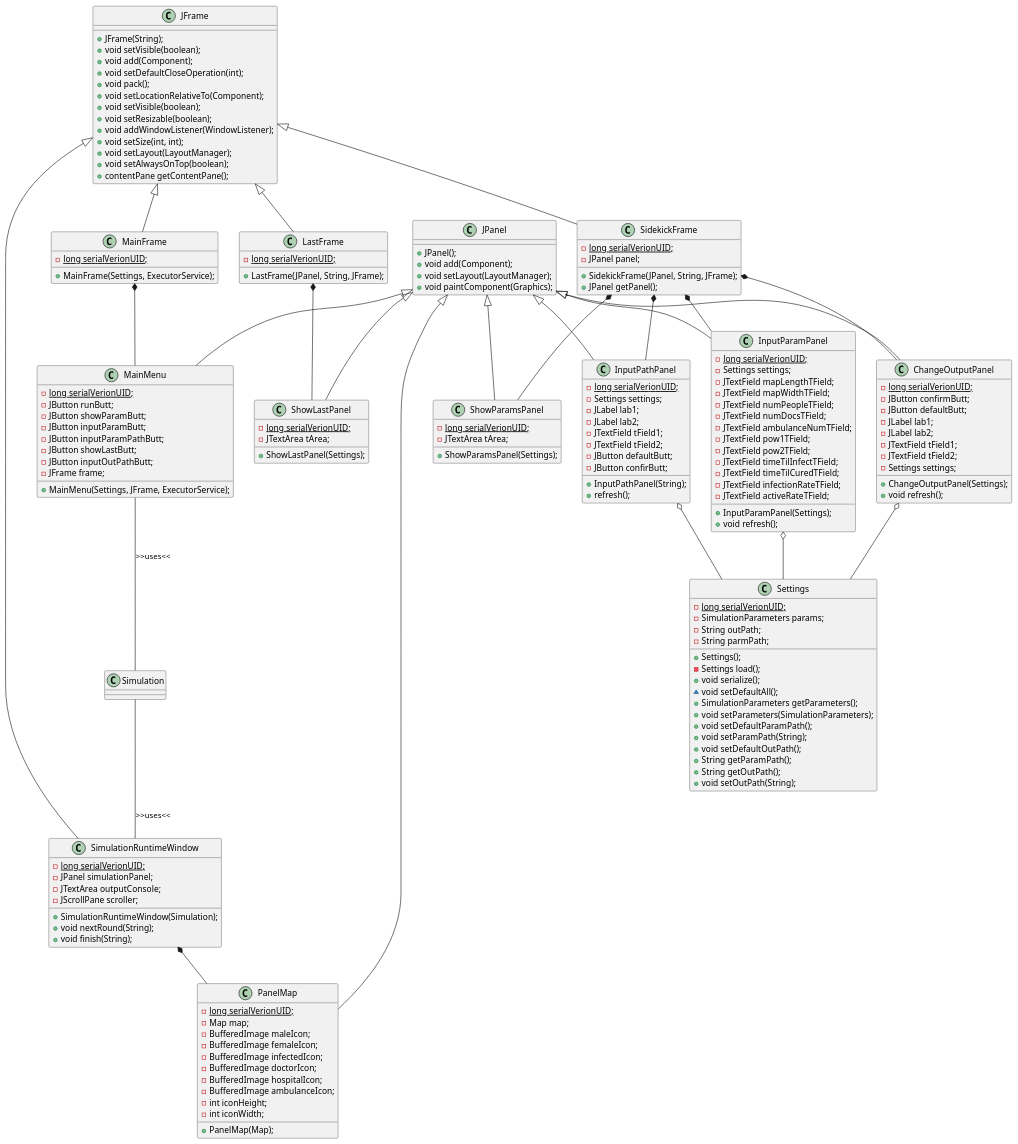
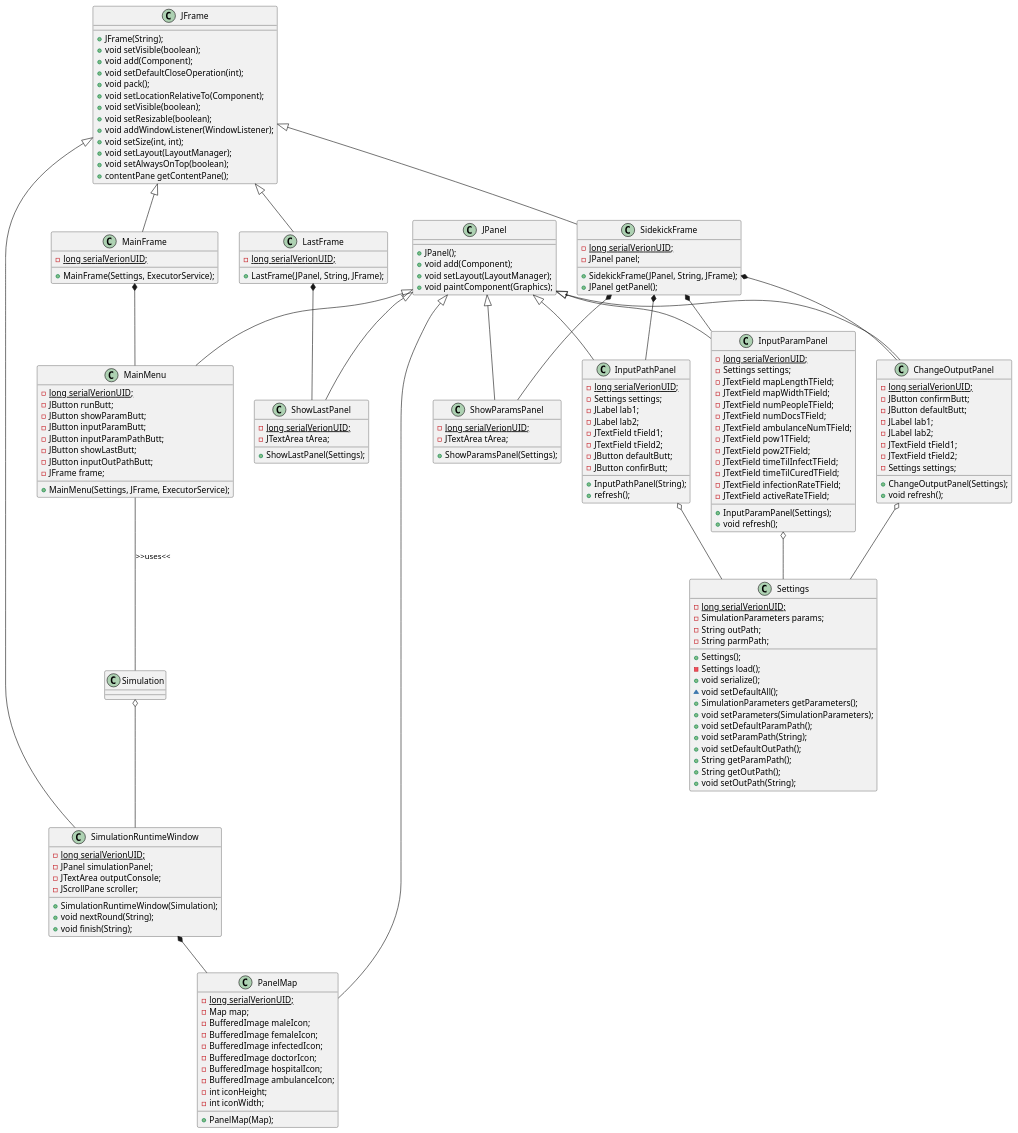
One commit to karolWazny/plague-repo changed the diagram in dokumentacja/class_diagram/class_diagram_gui/class_diagram_gui_08062020.plantuml. Above: the diagram before and after it, drawn with PlantUML. The commit also changed 5 other files, not shown here.

```diff
--- a/dokumentacja/class_diagram/class_diagram_gui/class_diagram_gui_08062020.plantuml
+++ b/dokumentacja/class_diagram/class_diagram_gui/class_diagram_gui_08062020.plantuml
@@ -1,180 +1,180 @@
 @startuml class_diagram_gui_08062020
 
 class JFrame {
     + JFrame(String);
     + void setVisible(boolean);
     + void add(Component);
     + void setDefaultCloseOperation(int);
     + void pack();
     + void setLocationRelativeTo(Component);
     + void setVisible(boolean);
     + void setResizable(boolean);
     + void addWindowListener(WindowListener);
     + void setSize(int, int);
     + void setLayout(LayoutManager);
     + void setAlwaysOnTop(boolean);
     + contentPane getContentPane(); 
 }
 
 class JPanel {
     + JPanel();
     + void add(Component);
     + void setLayout(LayoutManager);
     + void paintComponent(Graphics);
 
 }
 
 class LastFrame {
     - {static} long serialVerionUID;
     + LastFrame(JPanel, String, JFrame);
 }
 
 class MainFrame {
     - {static} long serialVerionUID;
     + MainFrame(Settings, ExecutorService);
 }
 
 class SidekickFrame {
     - {static} long serialVerionUID;
     - JPanel panel;
     + SidekickFrame(JPanel, String, JFrame);
     + JPanel getPanel();
 }
 
 class SimulationRuntimeWindow{
     - {static} long serialVerionUID;
     - JPanel simulationPanel;
     - JTextArea outputConsole;
     - JScrollPane scroller;
     + SimulationRuntimeWindow(Simulation);
     + void nextRound(String);
     + void finish(String);
 }
 
 class ChangeOutputPanel {
     - {static} long serialVerionUID;
     - JButton confirmButt;
     - JButton defaultButt;
     - JLabel lab1;
     - JLabel lab2;
     - JTextField tField1;
     - JTextField tField2;
     - Settings settings;
     + ChangeOutputPanel(Settings);
     + void refresh();
 }
 
 class InputParamPanel{
     - {static} long serialVerionUID;
     - Settings settings;
     - JTextField mapLengthTField;
     - JTextField mapWidthTField;
     - JTextField numPeopleTField;
     - JTextField numDocsTField;
     - JTextField ambulanceNumTField;
     - JTextField pow1TField;
     - JTextField pow2TField;
     - JTextField timeTilInfectTField;
     - JTextField timeTilCuredTField;
     - JTextField infectionRateTField;
     - JTextField activeRateTField;
     + InputParamPanel(Settings);
     + void refresh();
 }
 
 class InputPathPanel {
     - {static} long serialVerionUID;
     - Settings settings;
     - JLabel lab1;
     - JLabel lab2;
     - JTextField tField1;
     - JTextField tField2;
     - JButton defaultButt;
     - JButton confirButt;
     + InputPathPanel(String);
     + refresh();
 }
 
 class MainMenu {
     - {static} long serialVerionUID;
     - JButton runButt;
     - JButton showParamButt;
     - JButton inputParamButt;
     - JButton inputParamPathButt;
     - JButton showLastButt;
     - JButton inputOutPathButt;
     - JFrame frame;
     + MainMenu(Settings, JFrame, ExecutorService);
 }
 
 class PanelMap {
     - {static} long serialVerionUID;
     - Map map;
     - BufferedImage maleIcon;
     - BufferedImage femaleIcon;
     - BufferedImage infectedIcon;
     - BufferedImage doctorIcon;
     - BufferedImage hospitalIcon;
     - BufferedImage ambulanceIcon;
     - int iconHeight;
     - int iconWidth;
     + PanelMap(Map);
 }
 
 class ShowLastPanel {
     - {static} long serialVerionUID;
     - JTextArea tArea;
     + ShowLastPanel(Settings);
 }
 
 class ShowParamsPanel {
     - {static} long serialVerionUID;
     - JTextArea tArea;
     + ShowParamsPanel(Settings);
 }
 
 class Settings{
     - {static} long serialVerionUID;
     - SimulationParameters params;
     - String outPath;
     - String parmPath;
     + Settings();
     - Settings load();
     + void serialize();
     ~ void setDefaultAll();
     + SimulationParameters getParameters();
     + void setParameters(SimulationParameters);
     + void setDefaultParamPath();
     + void setParamPath(String);
     + void setDefaultOutPath();
     + String getParamPath();
     + String getOutPath();
     + void setOutPath(String);
 }
 
 JFrame<|--MainFrame
 JFrame<|--SidekickFrame
 JFrame<|--SimulationRuntimeWindow
 JFrame<|-- LastFrame
 JPanel<|--ChangeOutputPanel
 JPanel<|--InputParamPanel
 JPanel<|--InputPathPanel
 JPanel<|--MainMenu
 JPanel<|--PanelMap
 JPanel<|--ShowLastPanel
 JPanel<|--ShowParamsPanel
 
 SidekickFrame *-- ChangeOutputPanel
 SidekickFrame *-- InputParamPanel
 SidekickFrame *-- InputPathPanel
 SidekickFrame *-- ShowParamsPanel
 MainFrame *-- MainMenu
 LastFrame *-- ShowLastPanel
 SimulationRuntimeWindow *-- PanelMap
 InputParamPanel o-- Settings
 InputPathPanel o-- Settings
 ChangeOutputPanel o-- Settings
 MainMenu -- Simulation :>>uses<<
-Simulation -- SimulationRuntimeWindow: >>uses<<
+Simulation o-- SimulationRuntimeWindow
 
 @enduml
```
